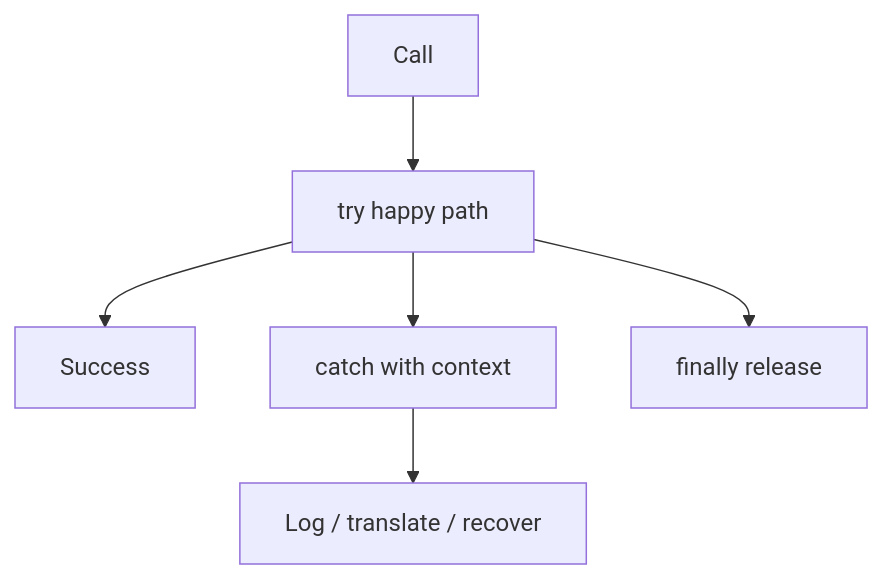
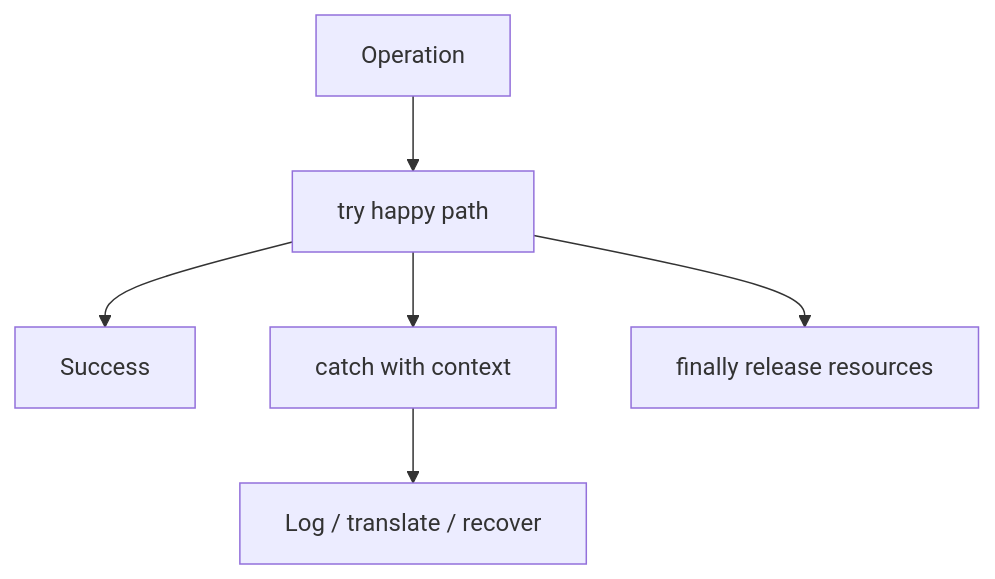
One commit to pmagnomuller/pmagnomuller.github.io changed the first of 2 diagrams in _cleancode/ch07-error-handling.md. Above: the diagram before and after it, drawn with Mermaid. The commit also changed other lines of this file and 28 other files, not shown here.

````diff
--- a/_cleancode/ch07-error-handling.md
+++ b/_cleancode/ch07-error-handling.md
@@ -21,8 +40,8 @@
 ```mermaid
 flowchart TD
-  Call[Call] --> Try[try happy path]
+  Call[Operation] --> Try[try happy path]
   Try --> Ok[Success]
   Try --> Catch[catch with context]
   Catch --> Handle[Log / translate / recover]
-  Try --> Finally[finally release]
+  Try --> Finally[finally release resources]
 ```
````
